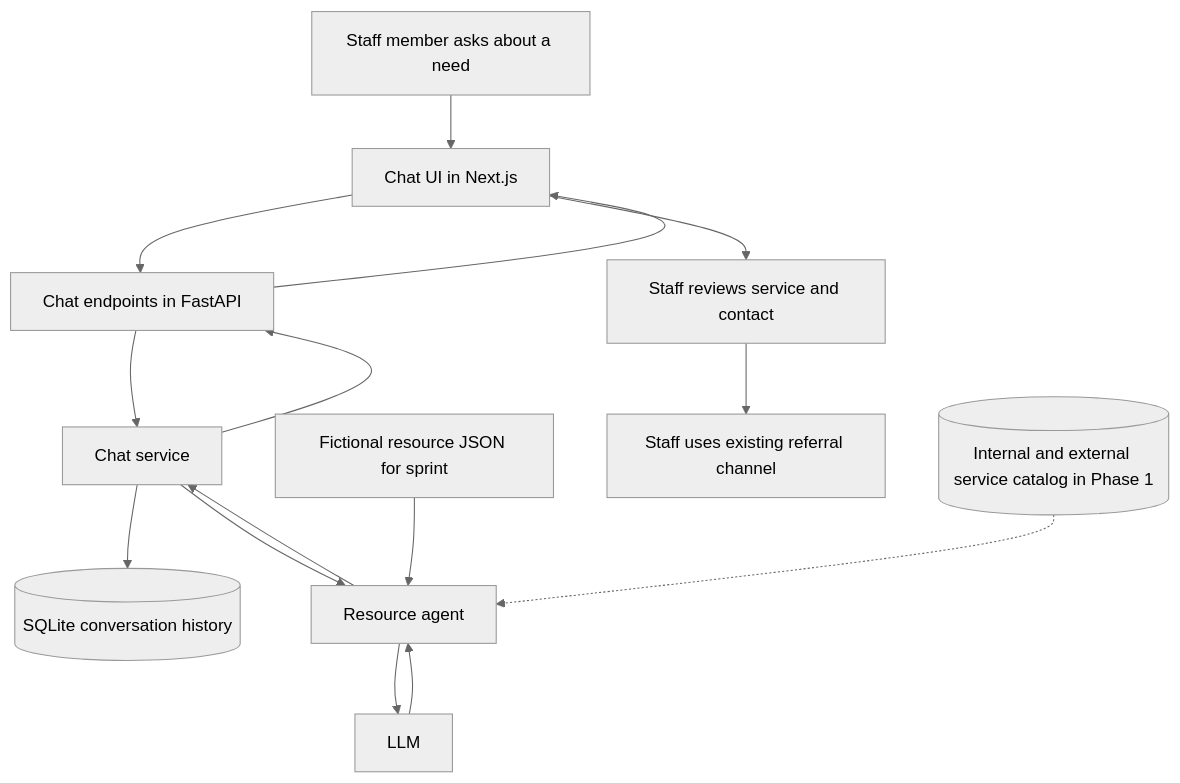
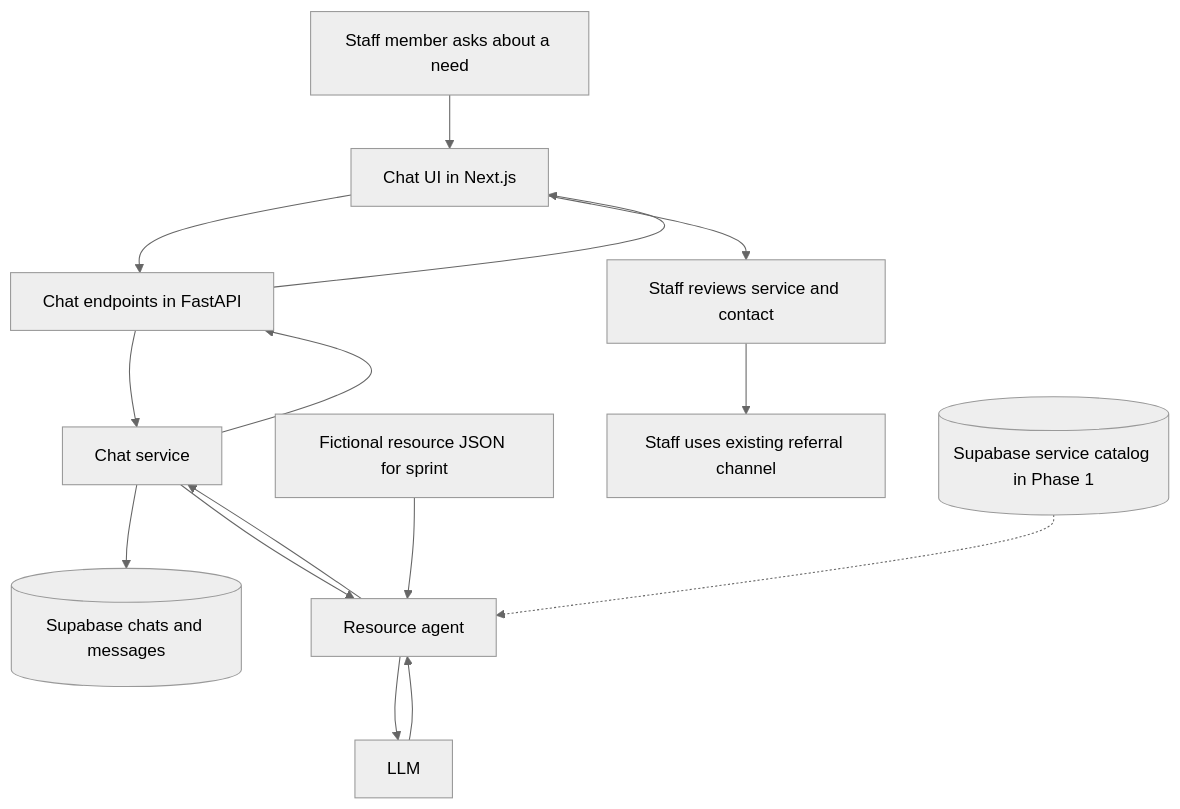
Before and after one commit to rice-apps/montrose-center: the diagram in design/first-coding-sprint.md, drawn with Mermaid (neutral theme). The commit also changed other lines of this file and 6 other files, not shown here.

Commit message:
update from SQLite to Supabase

````diff
--- a/design/first-coding-sprint.md
+++ b/design/first-coding-sprint.md
@@ -9,17 +9,17 @@
 ```mermaid
 flowchart TB
     Staff["Staff member asks about a need"] --> UI["Chat UI in Next.js"]
     UI --> API["Chat endpoints in FastAPI"]
     API --> Service["Chat service"]
-    Service --> History[(SQLite conversation history)]
+    Service --> History[(Supabase chats and messages)]
     Service --> Agent["Resource agent"]
     Dummy["Fictional resource JSON for sprint"] --> Agent
     Agent --> LLM["LLM"]
     LLM --> Agent
     Agent --> Service
     Service --> API
     API --> UI
     UI --> Review["Staff reviews service and contact"]
     Review --> Referral["Staff uses existing referral channel"]
-    Catalog[(Internal and external service catalog in Phase 1)] -.-> Agent
+    Catalog[(Supabase service catalog in Phase 1)] -.-> Agent
 ```
````
